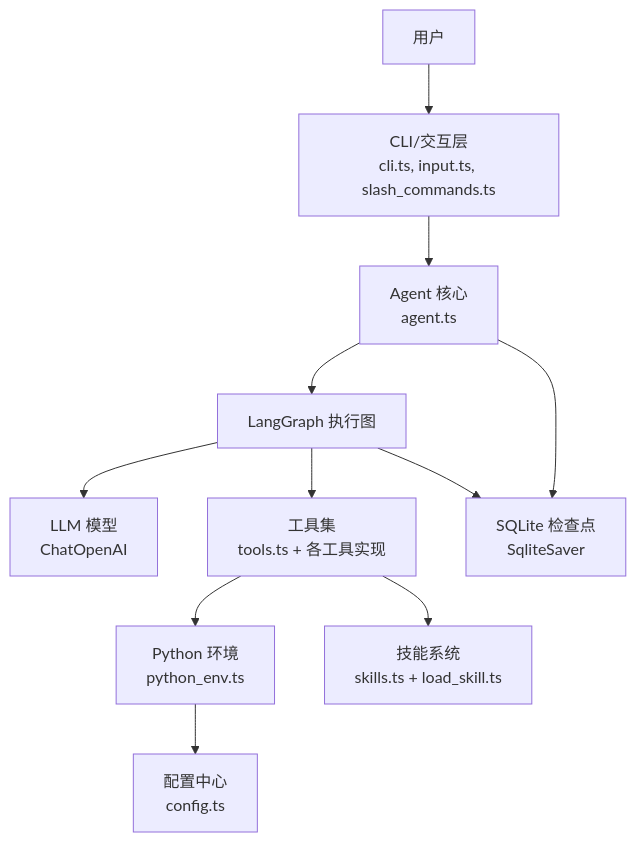
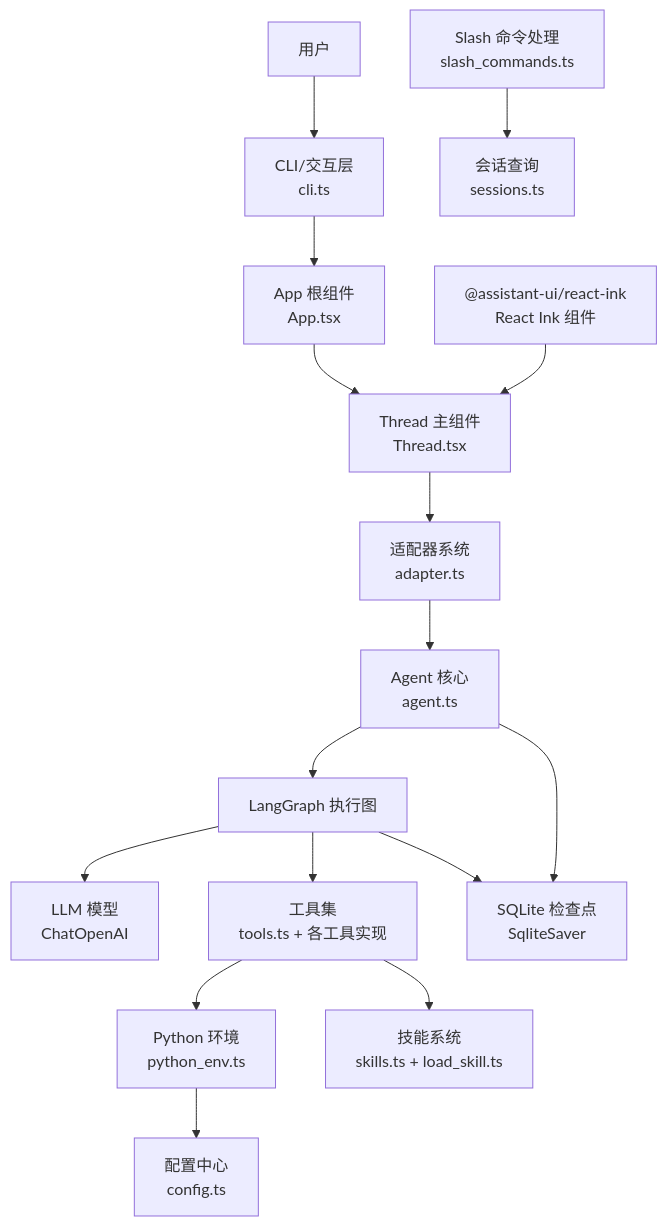
The second of 13 diagrams in .qoder/repowiki/zh/content/核心架构/核心架构.md (HAOFUYANG/onion-code), drawn with Mermaid before and after one commit. The commit also changed other lines of this file and 29 other files, not shown here.

````diff
--- a/.qoder/repowiki/zh/content/核心架构/核心架构.md
+++ b/.qoder/repowiki/zh/content/核心架构/核心架构.md
@@ -158,22 +183,31 @@
 ```mermaid
 graph TB
 User["用户"]
-CLI["CLI/交互层<br/>cli.ts, input.ts, slash_commands.ts"]
+CLI["CLI/交互层<br/>cli.ts"]
+App["App 根组件<br/>App.tsx"]
+Thread["Thread 主组件<br/>Thread.tsx"]
+Adapter["适配器系统<br/>adapter.ts"]
 Agent["Agent 核心<br/>agent.ts"]
 Graph["LangGraph 执行图"]
 Tools["工具集<br/>tools.ts + 各工具实现"]
 Skills["技能系统<br/>skills.ts + load_skill.ts"]
+SlashCmd["Slash 命令处理<br/>slash_commands.ts"]
+Sessions["会话查询<br/>sessions.ts"]
 Checkpoint["SQLite 检查点<br/>SqliteSaver"]
 Model["LLM 模型<br/>ChatOpenAI"]
+AssistantUI["@assistant-ui/react-ink<br/>React Ink 组件"]
 PyEnv["Python 环境<br/>python_env.ts"]
 Config["配置中心<br/>config.ts"]
-User --> CLI --> Agent
+User --> CLI --> App --> Thread --> Adapter
+Adapter --> Agent
 Agent --> Graph
 Graph --> Model
 Graph --> Tools
 Tools --> PyEnv
 Tools --> Skills
 Graph --> Checkpoint
 Agent --> Checkpoint
+SlashCmd --> Sessions
+AssistantUI --> Thread
 PyEnv --> Config
 ```
````
